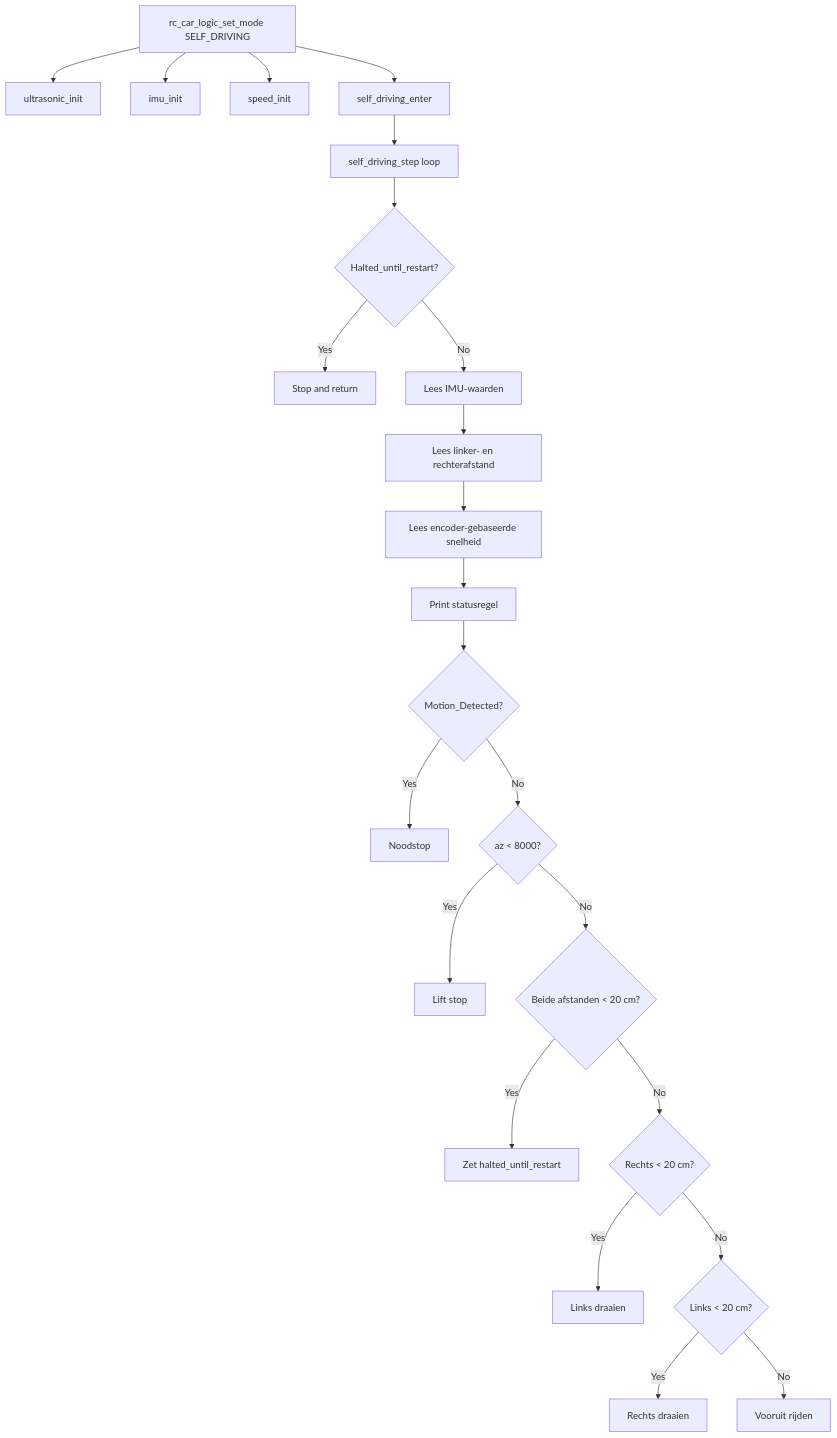
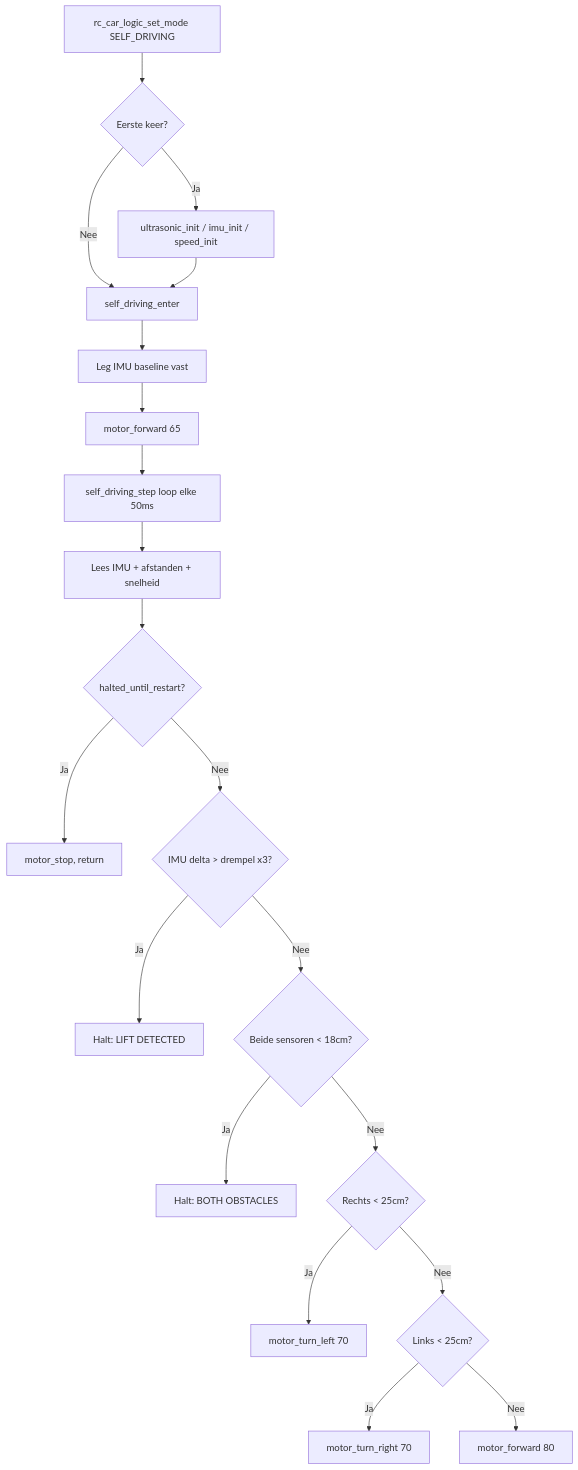
Before and after one commit to Anish-Pun/2EAI-PEN-2526-AGV: the diagram in docs/nl/self_driving_nl.md, drawn with Mermaid. The commit also changed other lines of this file and 3 other files, not shown here.

````diff
--- a/docs/nl/self_driving_nl.md
+++ b/docs/nl/self_driving_nl.md
@@ -60,25 +134,22 @@
 ```mermaid
 flowchart TD
-    A[rc_car_logic_set_mode SELF_DRIVING] --> B[ultrasonic_init]
-    A --> C[imu_init]
-    A --> D[speed_init]
-    A --> E[self_driving_enter]
-    E --> F[self_driving_step loop]
-    F --> G{Halted_until_restart?}
-    G -- Yes --> H[Stop and return]
-    G -- No --> I[Lees IMU-waarden]
-    I --> J[Lees linker- en rechterafstand]
-    J --> K[Lees encoder-gebaseerde snelheid]
-    K --> L[Print statusregel]
-    L --> M{Motion_Detected?}
-    M -- Yes --> N[Noodstop]
-    M -- No --> O{az < 8000?}
-    O -- Yes --> P[Lift stop]
-    O -- No --> Q{Beide afstanden < 20 cm?}
-    Q -- Yes --> R[Zet halted_until_restart]
-    Q -- No --> S{Rechts < 20 cm?}
-    S -- Yes --> T[Links draaien]
-    S -- No --> U{Links < 20 cm?}
-    U -- Yes --> V[Rechts draaien]
-    U -- No --> W[Vooruit rijden]
+    A[rc_car_logic_set_mode SELF_DRIVING] --> B{Eerste keer?}
+    B -- Ja --> C[ultrasonic_init / imu_init / speed_init]
+    B -- Nee --> D[self_driving_enter]
+    C --> D
+    D --> E[Leg IMU baseline vast]
+    E --> F[motor_forward 65]
+    F --> G[self_driving_step loop elke 50ms]
+    G --> I[Lees IMU + afstanden + snelheid]
+    I --> J{halted_until_restart?}
+    J -- Ja --> K[motor_stop, return]
+    J -- Nee --> L{IMU delta > drempel x3?}
+    L -- Ja --> M[Halt: LIFT DETECTED]
+    L -- Nee --> N{Beide sensoren < 18cm?}
+    N -- Ja --> O[Halt: BOTH OBSTACLES]
+    N -- Nee --> P{Rechts < 25cm?}
+    P -- Ja --> Q[motor_turn_left 70]
+    P -- Nee --> R{Links < 25cm?}
+    R -- Ja --> S[motor_turn_right 70]
+    R -- Nee --> T[motor_forward 80]
 ```
````
